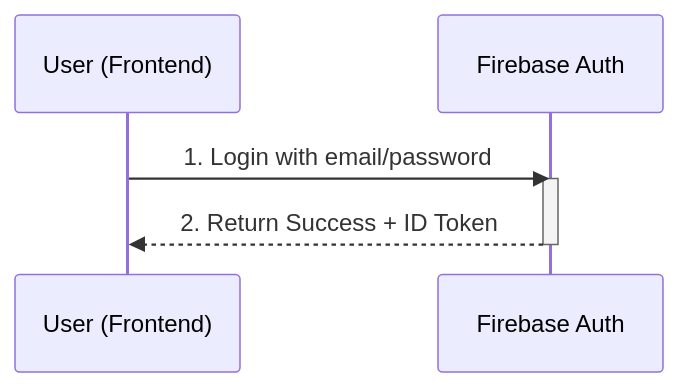
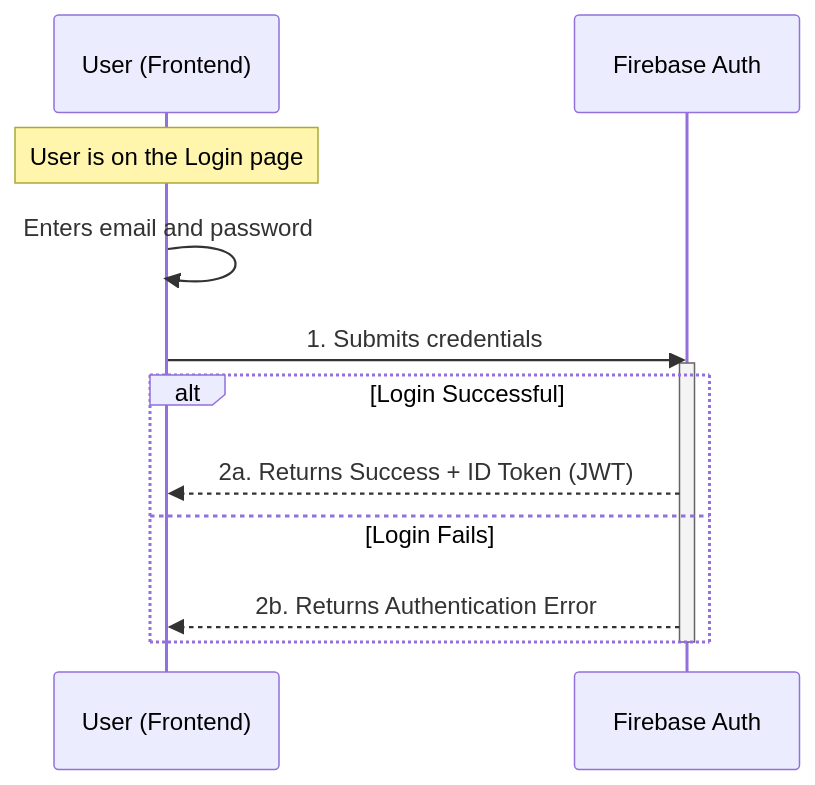
Before and after one commit to enzhao/Sentinel: diagram 52 of 54 in product_spec.md, drawn with Mermaid. The commit also changed other lines of this file and 6 other files, not shown here.

````diff
--- a/product_spec.md
+++ b/product_spec.md
@@ -2693,10 +2688,19 @@
 ```mermaid
 sequenceDiagram
     participant User as User (Frontend)
-    participant Firebase as Firebase Auth
+    participant FirebaseAuth as Firebase Auth
 
-    User->>Firebase: 1. Login with email/password
-    activate Firebase
-    Firebase-->>User: 2. Return Success + ID Token
-    deactivate Firebase
-```
+    Note over User: User is on the Login page
+    User->>User: Enters email and password
+
+    User->>FirebaseAuth: 1. Submits credentials
+    activate FirebaseAuth
+
+    alt Login Successful
+        FirebaseAuth-->>User: 2a. Returns Success + ID Token (JWT)
+    else Login Fails
+        FirebaseAuth-->>User: 2b. Returns Authentication Error
+    end
+    
+    deactivate FirebaseAuth
+``` 
````
